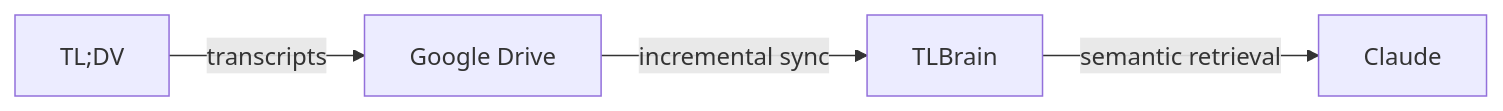
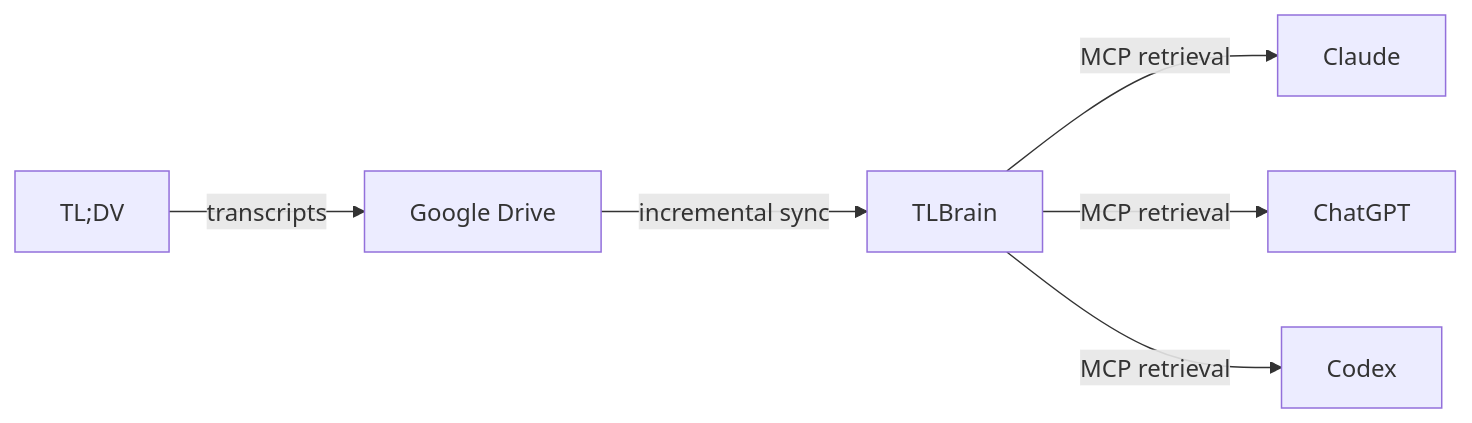
Before and after one commit to Inozem/tlbrain: the diagram in README.md, drawn with Mermaid. The commit also changed other lines of this file, not shown here.

Commit message:
docs: clarify Claude and ChatGPT MCP support

````diff
--- a/README.md
+++ b/README.md
@@ -7,6 +7,8 @@
 ```mermaid
 graph LR
     A[TL;DV] -->|transcripts| B[Google Drive]
     B -->|incremental sync| C[TLBrain]
-    C -->|semantic retrieval| D[Claude]
+    C -->|MCP retrieval| D[Claude]
+    C -->|MCP retrieval| E[ChatGPT]
+    C -->|MCP retrieval| F[Codex]
 ```
````
